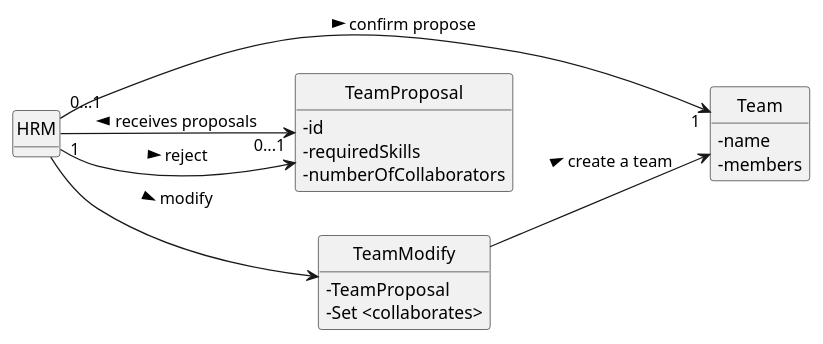
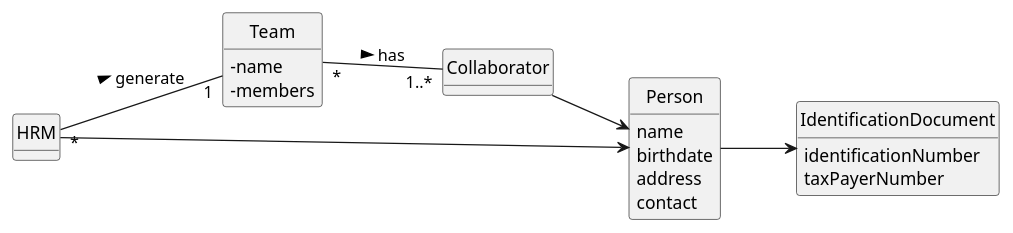
One commit to ricardomm7/leaflink changed the diagram in docs/sprintA/us005/02.analysis/puml/us005-domain-model.puml. Above: the diagram before and after it, drawn with PlantUML. The commit also changed 19 other files, not shown here.

```diff
--- a/docs/sprintA/us005/02.analysis/puml/us005-domain-model.puml
+++ b/docs/sprintA/us005/02.analysis/puml/us005-domain-model.puml
@@ -1,45 +1,47 @@
 @startuml
 skinparam monochrome true
 skinparam packageStyle rectangle
 skinparam shadowing false
 
 left to right direction
 
 skinparam classAttributeIconSize 0
 
 hide circle
 hide methods
 
 
 class Team {
   - name
   - members
 }
 
-class TeamProposal {
-  - id
-  - requiredSkills
-  - numberOfCollaborators
+
+class Person {
+    name
+    birthdate
+    address
+    contact
+
 }
 
-class TeamModify{
-  - TeamProposal
-  - Set <collaborates>
+class IdentificationDocument{
+  identificationNumber
+  taxPayerNumber
 }
 
 
-HRM "0...1" --> "1" Team: confirm propose >
-
-HRM "1" --> "0...1" TeamProposal : receives proposals <
-HRM --> TeamProposal: reject >
-HRM --> TeamModify:  modify >
-TeamModify --> Team: create a team >
+HRM "*" -- "1" Team: generate   >
+HRM  -->  Person
+Collaborator  -->  Person
+Person  -->  IdentificationDocument
+Team "*" -- "1..*" Collaborator : has >
 
 
 
 
 
 
 
 
 @enduml
```
